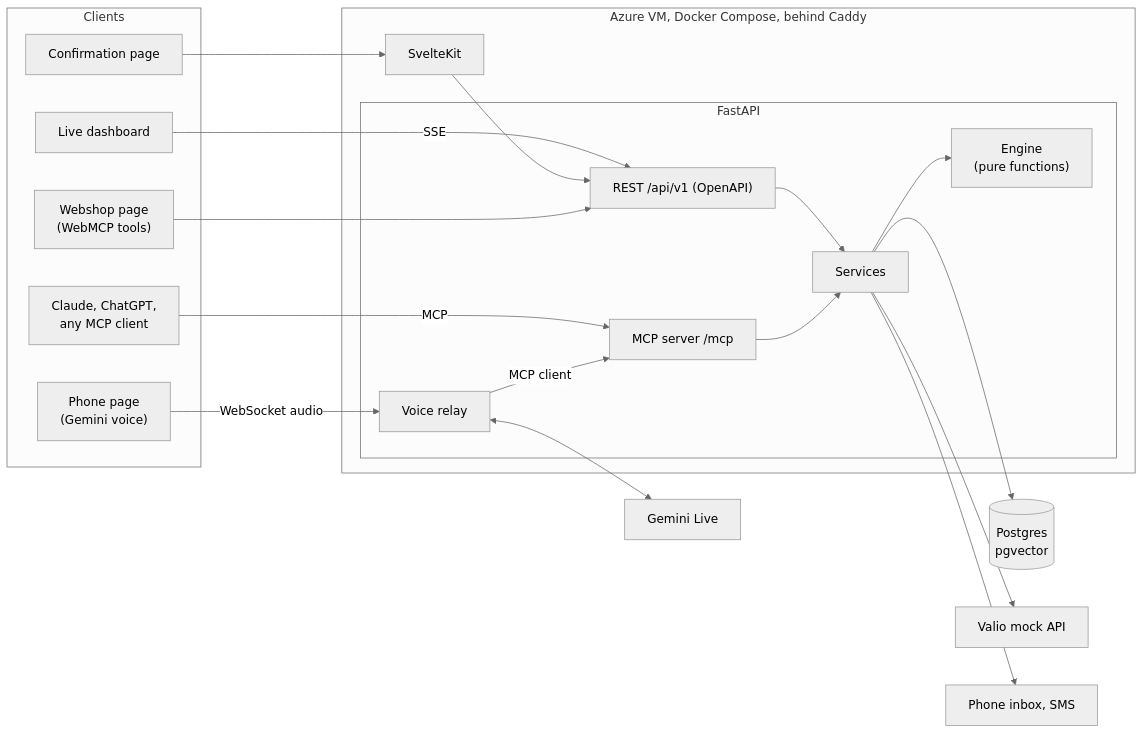
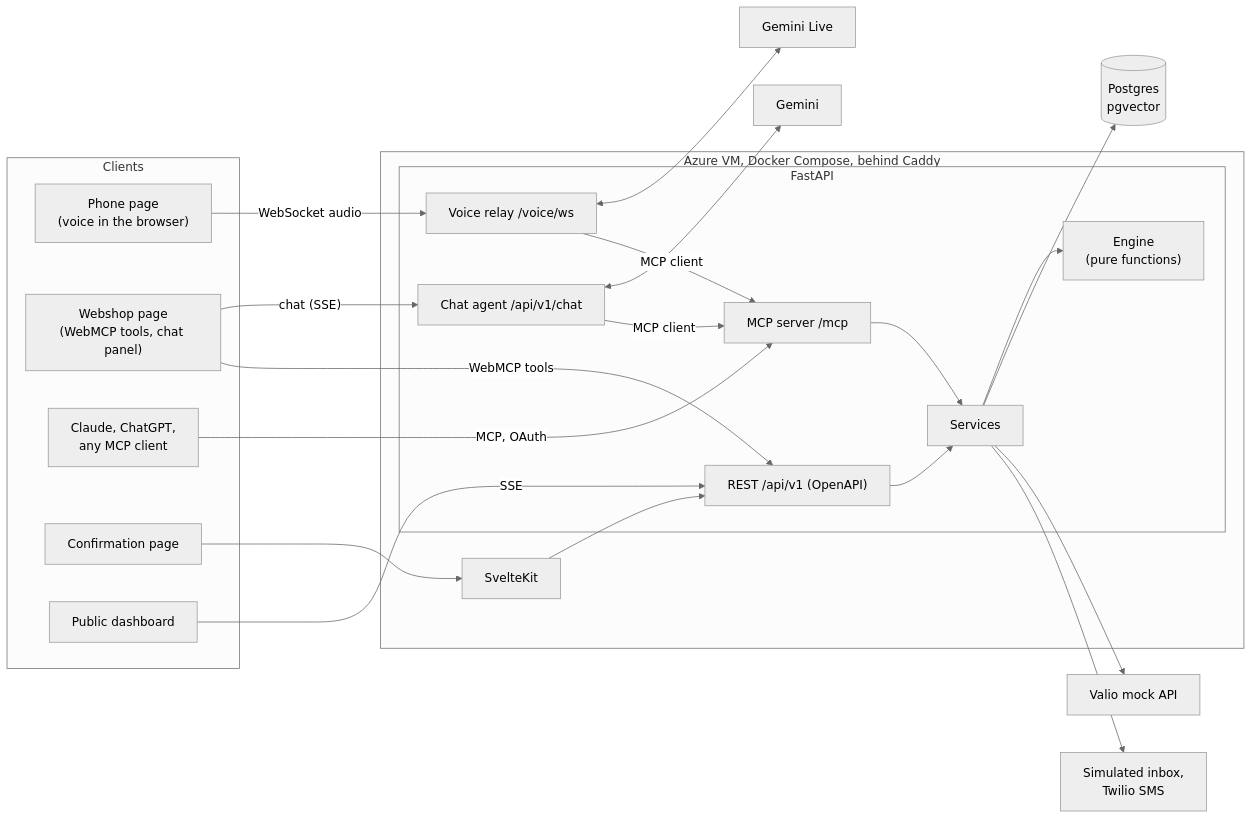
Before and after one commit to Mankeli-Software/junction-2026: the diagram in README.md, drawn with Mermaid (neutral theme). The commit also changed other lines of this file, not shown here.

Commit message:
Add the chat agent and Twilio to the README architecture
The webshop chat (#57) runs at /api/v1/chat and, like the voice relay,
is an MCP client of /mcp (api/app/interfaces/chat/agent.py). Messages go
to the simulated inbox and, for allowlisted numbers, Twilio (#46).

Claude-Session: https://claude.ai/code/session_01A3RfQHyj8nZ1h48BapF7Nn

````diff
--- a/README.md
+++ b/README.md
@@ -51,35 +51,39 @@
 ```mermaid
 flowchart LR
     subgraph Clients
-        Phone["Phone page<br/>(Gemini voice)"]
-        Shop["Webshop page<br/>(WebMCP tools)"]
+        Phone["Phone page<br/>(voice in the browser)"]
+        Shop["Webshop page<br/>(WebMCP tools, chat panel)"]
         Connector["Claude, ChatGPT,<br/>any MCP client"]
         Confirm["Confirmation page"]
-        Dash["Live dashboard"]
+        Dash["Public dashboard"]
     end
 
     subgraph VM["Azure VM, Docker Compose, behind Caddy"]
         subgraph API["FastAPI"]
-            Relay["Voice relay"]
+            Relay["Voice relay /voice/ws"]
+            Chat["Chat agent /api/v1/chat"]
             MCP["MCP server /mcp"]
             REST["REST /api/v1 (OpenAPI)"]
             Svc["Services"]
             Engine["Engine<br/>(pure functions)"]
         end
         Web["SvelteKit"]
     end
 
     Phone -- "WebSocket audio" --> Relay
-    Relay <--> Gemini["Gemini Live"]
+    Relay <--> GeminiLive["Gemini Live"]
     Relay -- "MCP client" --> MCP
-    Connector -- "MCP" --> MCP
-    Shop --> REST
+    Shop -- "chat (SSE)" --> Chat
+    Chat <--> Gemini["Gemini"]
+    Chat -- "MCP client" --> MCP
+    Shop -- "WebMCP tools" --> REST
+    Connector -- "MCP, OAuth" --> MCP
     Confirm --> Web --> REST
     Dash -- "SSE" --> REST
     MCP --> Svc
     REST --> Svc
     Svc --> Engine
     Svc --> PG[("Postgres<br/>pgvector")]
     Svc --> Valio["Valio mock API"]
-    Svc --> SMS["Phone inbox, SMS"]
+    Svc --> SMS["Simulated inbox,<br/>Twilio SMS"]
 ```
````
